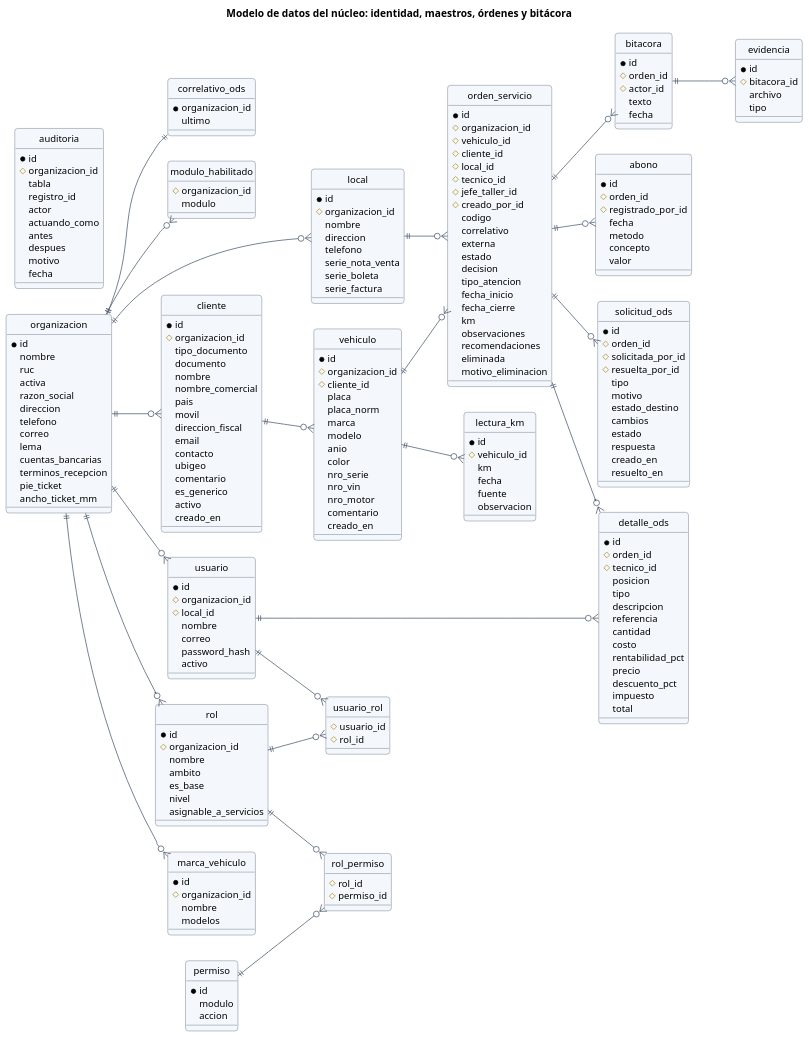
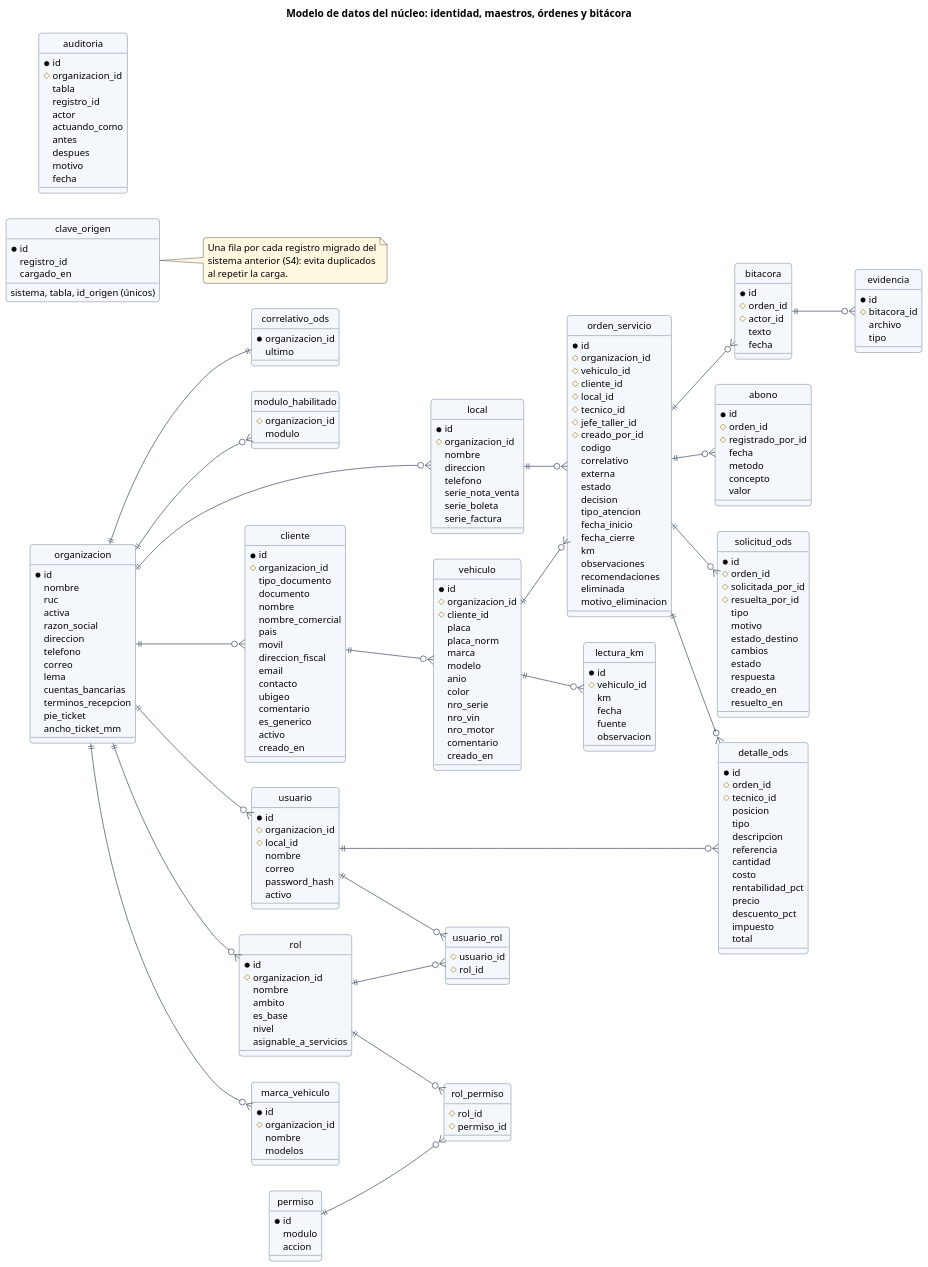
The diagram in diagramas/tesis/DMD-001_datos_nucleo.puml (AlvaroMachaca05Dev/Tesis_Posventa), drawn with PlantUML before and after one commit. The commit also changed 155 other files, not shown here.

```diff
--- a/diagramas/tesis/DMD-001_datos_nucleo.puml
+++ b/diagramas/tesis/DMD-001_datos_nucleo.puml
@@ -187,6 +187,12 @@
   creado_en
   resuelto_en
 }
+entity clave_origen {
+  *id
+  sistema, tabla, id_origen (únicos)
+  registro_id
+  cargado_en
+}
 entity bitacora {
   *id
   #orden_id
@@ -233,4 +239,5 @@
 orden_servicio ||--o{ solicitud_ods
 bitacora ||--o{ evidencia
 usuario ||--o{ detalle_ods
+note right of clave_origen : Una fila por cada registro migrado del\nsistema anterior (S4): evita duplicados\nal repetir la carga.
 @enduml
```
